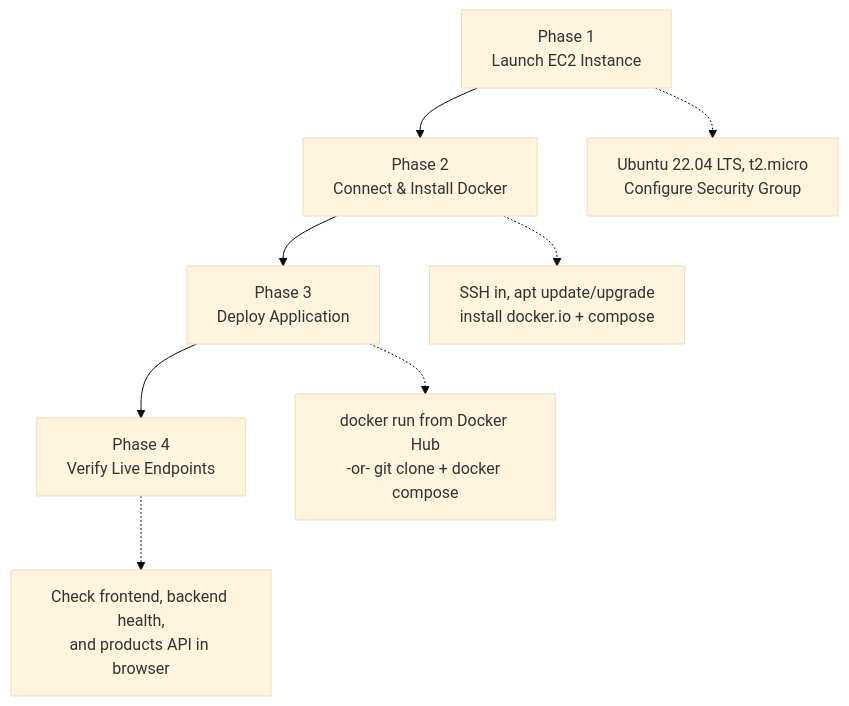
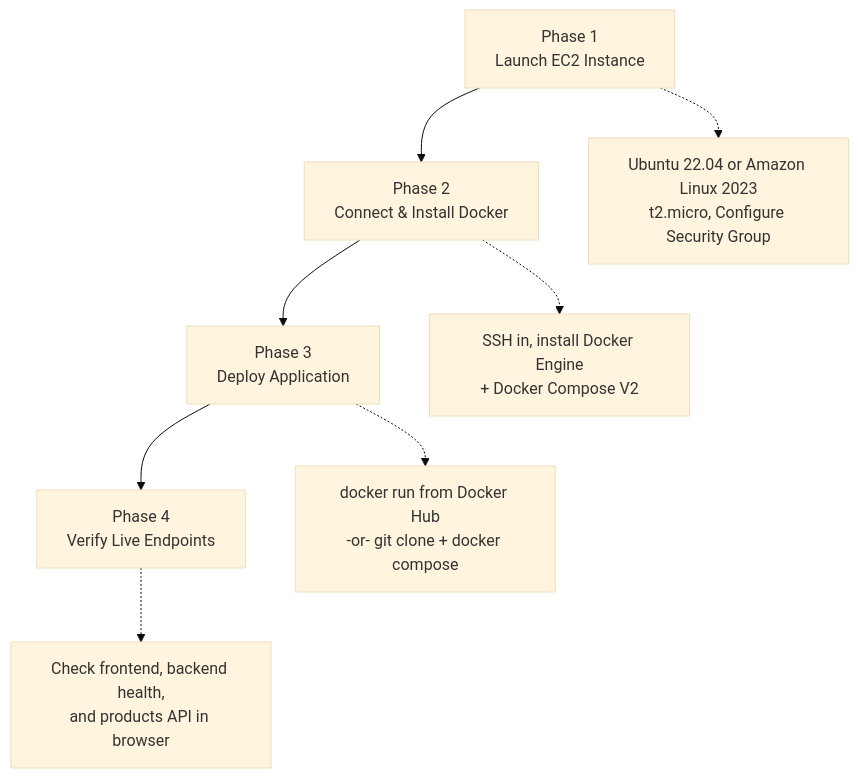
Before and after one commit to nayka-mihir/AWS_PROJECT2: the diagram in README.md, drawn with Mermaid (base theme). The commit also changed other lines of this file, not shown here.

Commit message:
add rule in readme.md file for linux command

````diff
--- a/README.md
+++ b/README.md
@@ -146,11 +146,11 @@
 ```mermaid
 flowchart TD
     P1["Phase 1<br/>Launch EC2 Instance"] --> P2["Phase 2<br/>Connect & Install Docker"]
     P2 --> P3["Phase 3<br/>Deploy Application"]
     P3 --> P4["Phase 4<br/>Verify Live Endpoints"]
 
-    P1 -.-> P1a["Ubuntu 22.04 LTS, t2.micro<br/>Configure Security Group"]
-    P2 -.-> P2a["SSH in, apt update/upgrade<br/>install docker.io + compose"]
+    P1 -.-> P1a["Ubuntu 22.04 or Amazon Linux 2023<br/>t2.micro, Configure Security Group"]
+    P2 -.-> P2a["SSH in, install Docker Engine<br/>+ Docker Compose V2"]
     P3 -.-> P3a["docker run from Docker Hub<br/>-or- git clone + docker compose"]
     P4 -.-> P4a["Check frontend, backend health,<br/>and products API in browser"]
 ```
````
